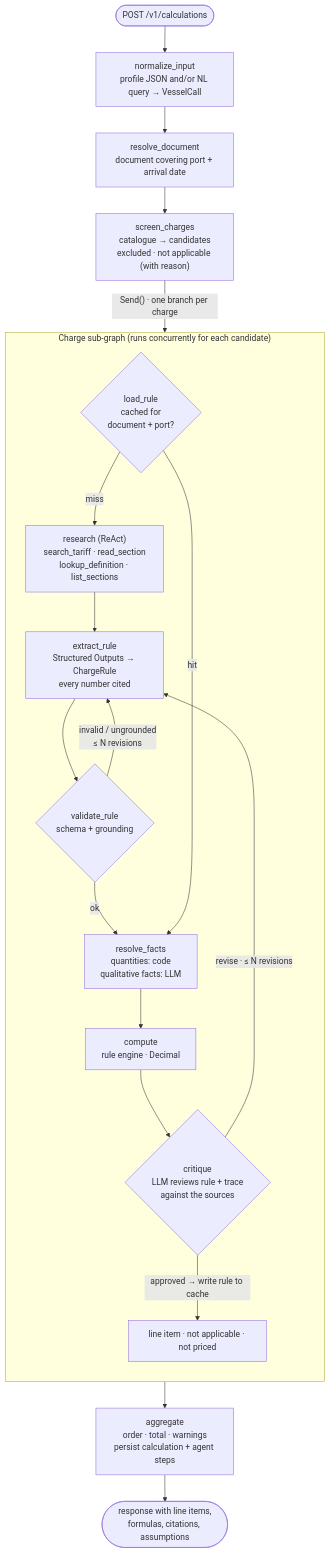
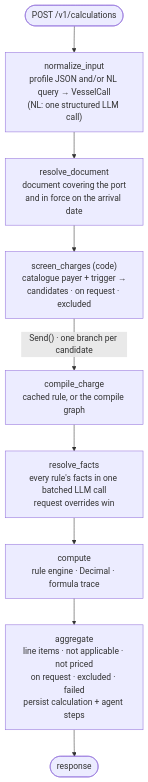
One commit to datasinner/andersenlab-project changed the fourth of 7 diagrams in docs/architecture.md. Above: the diagram before and after it, drawn with Mermaid. The commit also changed other lines of this file and 50 other files, not shown here.

````diff
--- a/docs/architecture.md
+++ b/docs/architecture.md
@@ -107,30 +110,11 @@
 ```mermaid
 flowchart TD
-  start(["POST /v1/calculations"]) --> norm["normalize_input<br/>profile JSON and/or NL query → VesselCall"]
-  norm --> doc["resolve_document<br/>document covering port + arrival date"]
-  doc --> screen["screen_charges<br/>catalogue → candidates<br/>excluded · not applicable (with reason)"]
-  screen -->|"Send() · one branch per charge"| load
-
-  subgraph per_charge["Charge sub-graph (runs concurrently for each candidate)"]
-    direction TB
-    load{"load_rule<br/>cached for<br/>document + port?"}
-    research["research (ReAct)<br/>search_tariff · read_section<br/>lookup_definition · list_sections"]
-    extract["extract_rule<br/>Structured Outputs → ChargeRule<br/>every number cited"]
-    validate{"validate_rule<br/>schema + grounding"}
-    facts["resolve_facts<br/>quantities: code<br/>qualitative facts: LLM"]
-    compute["compute<br/>rule engine · Decimal"]
-    critique{"critique<br/>LLM reviews rule + trace<br/>against the sources"}
-    result["line item · not applicable · not priced"]
-
-    load -->|"miss"| research --> extract --> validate
-    validate -->|"invalid / ungrounded<br/>≤ N revisions"| extract
-    validate -->|"ok"| facts
-    load -->|"hit"| facts
-    facts --> compute --> critique
-    critique -->|"revise · ≤ N revisions"| extract
-    critique -->|"approved → write rule to cache"| result
-  end
-
-  result --> agg["aggregate<br/>order · total · warnings<br/>persist calculation + agent steps"]
-  agg --> done(["response with line items,<br/>formulas, citations, assumptions"])
+  start(["POST /v1/calculations"]) --> norm["normalize_input<br/>profile JSON and/or NL query → VesselCall<br/>(NL: one structured LLM call)"]
+  norm --> doc["resolve_document<br/>document covering the port<br/>and in force on the arrival date"]
+  doc --> screen["screen_charges (code)<br/>catalogue payer + trigger →<br/>candidates · on request · excluded"]
+  screen -->|"Send() · one branch per candidate"| compile["compile_charge<br/>cached rule, or the compile graph"]
+  compile --> facts["resolve_facts<br/>every rule's facts in one batched LLM call<br/>request overrides win"]
+  facts --> compute["compute<br/>rule engine · Decimal · formula trace"]
+  compute --> agg["aggregate<br/>line items · not applicable · not priced<br/>on request · excluded · failed<br/>persist calculation + agent steps"]
+  agg --> done(["response"])
 ```
````
